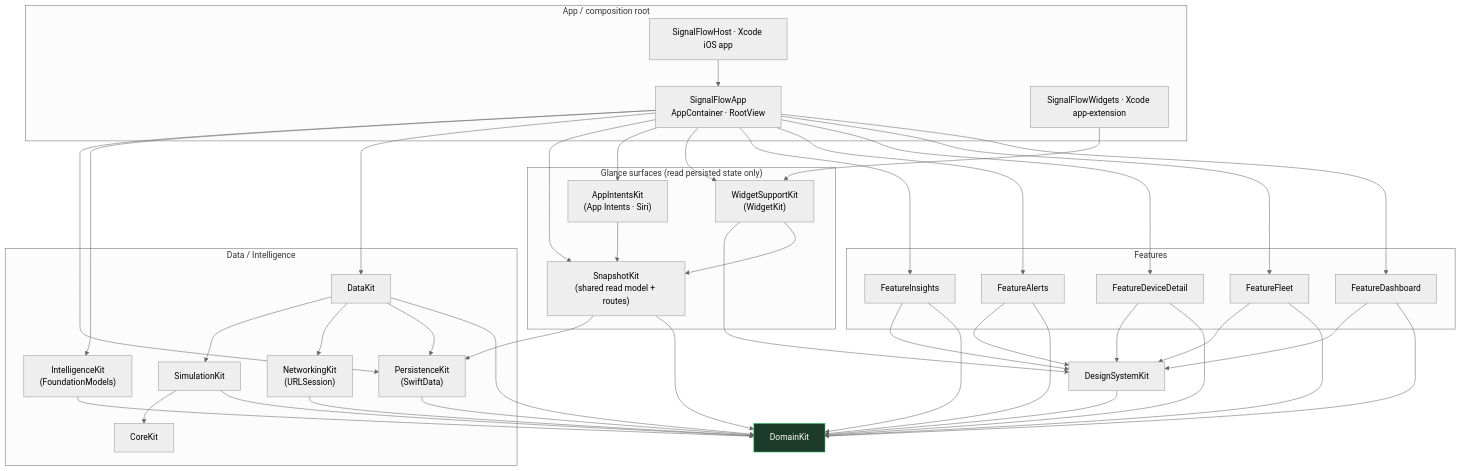
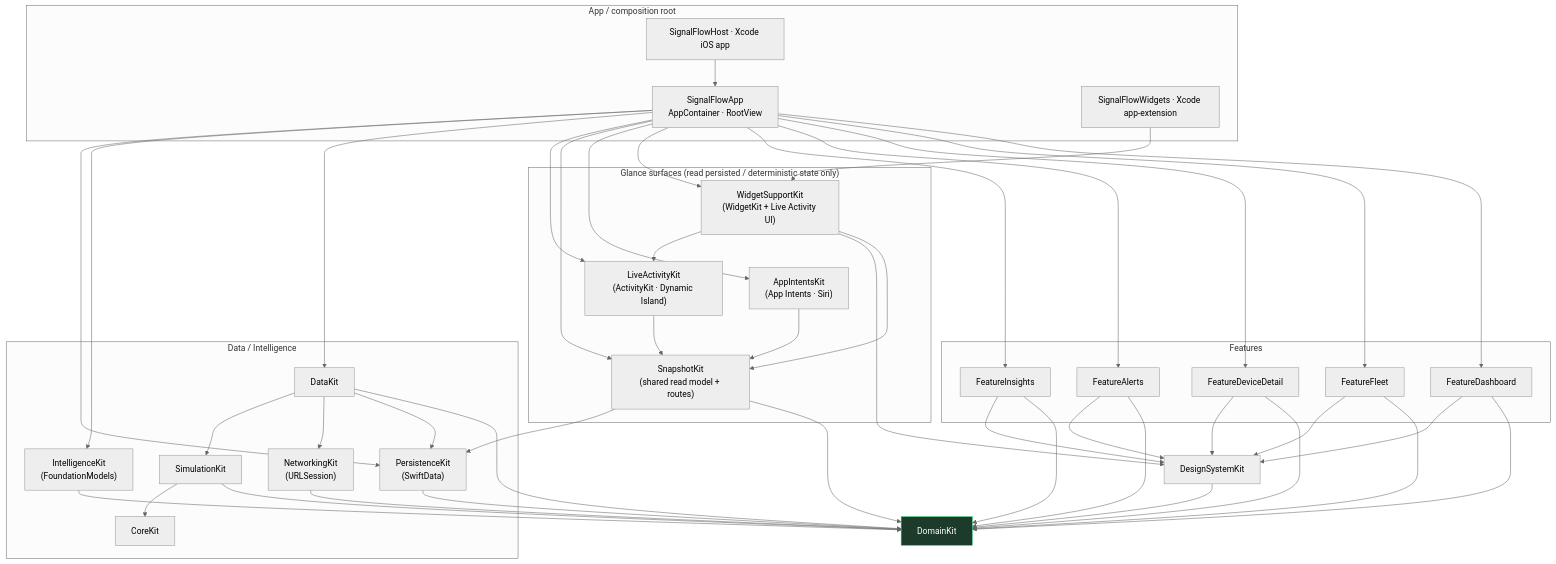
The second of 2 diagrams in README.md (donatogomez/signal-flow), drawn with Mermaid (neutral theme) before and after one commit. The commit also changed other lines of this file and 15 other files, not shown here.

First line of the commit message:
Add Live Activities support (#15)

````diff
--- a/README.md
+++ b/README.md
@@ -140,58 +141,61 @@
 ```mermaid
 flowchart TD
     subgraph AppLayer["App / composition root"]
         HOST["SignalFlowHost · Xcode iOS app"]
         APPLIB["SignalFlowApp<br/>AppContainer · RootView"]
         WIDGETHOST["SignalFlowWidgets · Xcode app-extension"]
     end
     subgraph FeatureLayer["Features"]
         F1[FeatureDashboard]
         F2[FeatureFleet]
         F3[FeatureDeviceDetail]
         F4[FeatureAlerts]
         F5[FeatureInsights]
     end
-    subgraph GlanceLayer["Glance surfaces (read persisted state only)"]
-        WS["WidgetSupportKit<br/>(WidgetKit)"]
+    subgraph GlanceLayer["Glance surfaces (read persisted / deterministic state only)"]
+        WS["WidgetSupportKit<br/>(WidgetKit + Live Activity UI)"]
         AI["AppIntentsKit<br/>(App Intents · Siri)"]
+        LA["LiveActivityKit<br/>(ActivityKit · Dynamic Island)"]
         SK["SnapshotKit<br/>(shared read model + routes)"]
     end
     DS[DesignSystemKit]
     subgraph DataLayer["Data / Intelligence"]
         DK[DataKit]
         PERSIST["PersistenceKit<br/>(SwiftData)"]
         NET["NetworkingKit<br/>(URLSession)"]
         INTEL["IntelligenceKit<br/>(FoundationModels)"]
         SIM[SimulationKit]
         CORE[CoreKit]
     end
     DOM[DomainKit]
 
     HOST --> APPLIB
     WIDGETHOST --> WS
     APPLIB --> F1 & F2 & F3 & F4 & F5
-    APPLIB --> WS & AI & SK
+    APPLIB --> WS & AI & SK & LA
     APPLIB --> DK
     APPLIB --> INTEL
     APPLIB --> PERSIST
     F1 & F2 & F3 & F4 & F5 --> DOM
     F1 & F2 & F3 & F4 & F5 --> DS
     WS --> SK
     WS --> DS
+    WS --> LA
     AI --> SK
+    LA --> SK
     SK --> DOM
     SK --> PERSIST
     DS --> DOM
     DK --> DOM
     DK --> PERSIST
     DK --> NET
     PERSIST --> DOM
     NET --> DOM
     INTEL --> DOM
     DK --> SIM
     SIM --> DOM
     SIM --> CORE
 
     classDef domain fill:#1d3b2a,stroke:#2ecc71,color:#fff;
     class DOM domain;
 ```
````
